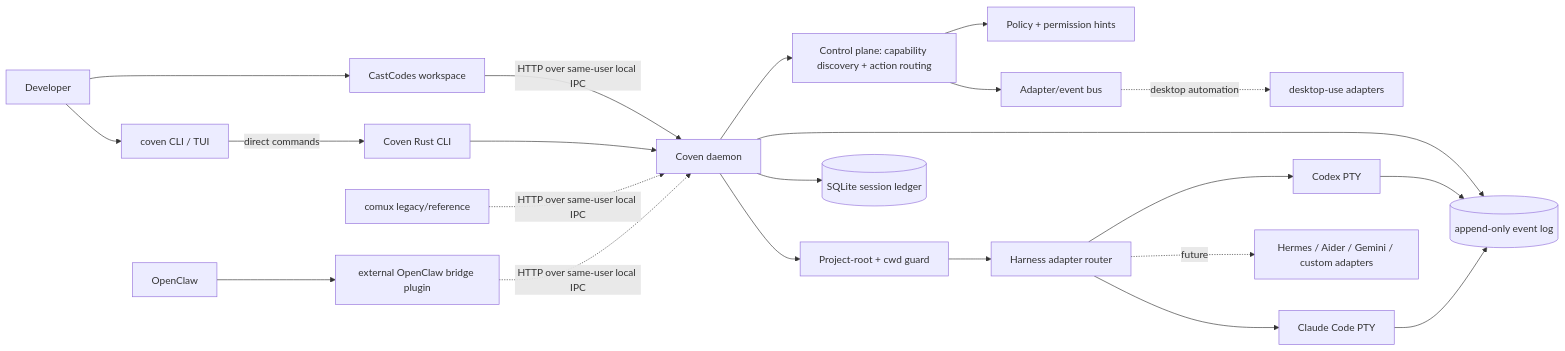
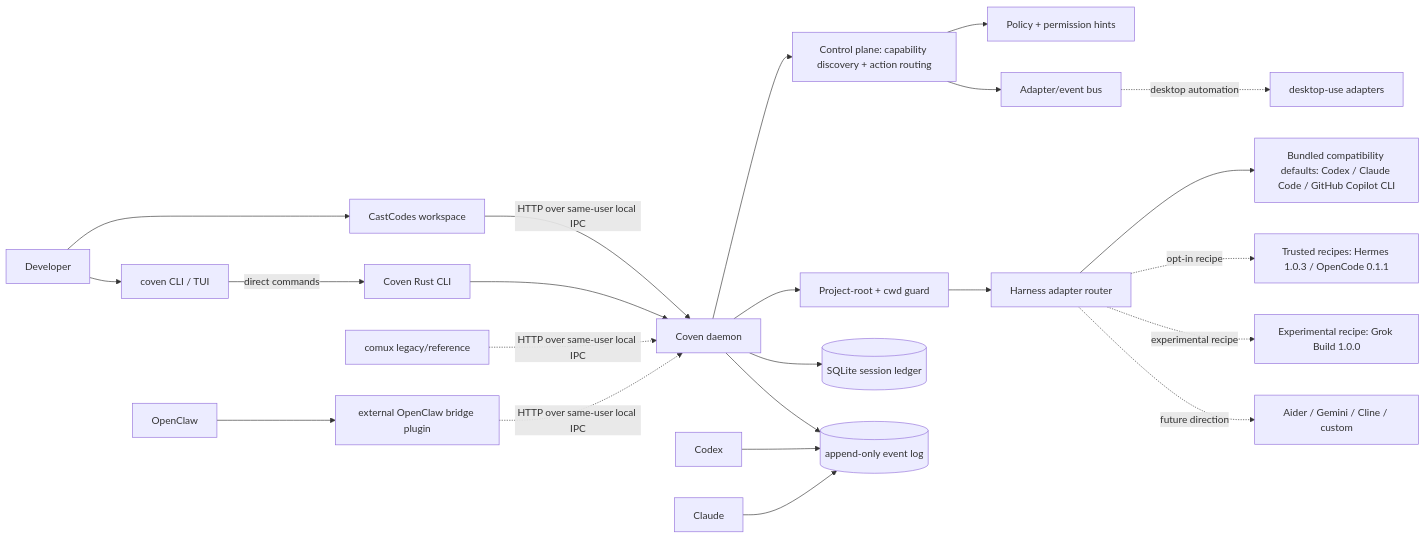
Before and after one commit to OpenCoven/coven: the first of 3 diagrams in docs/concepts/architecture.md, drawn with Mermaid. The commit also changed 4 other files, not shown here.

````diff
--- a/docs/concepts/architecture.md
+++ b/docs/concepts/architecture.md
@@ -16,29 +16,30 @@
 ```mermaid
 flowchart LR
   User[Developer] --> CastCodes[CastCodes workspace]
   CastCodes -->|HTTP over same-user local IPC| Daemon[Coven daemon]
 
   User --> CLI[coven CLI / TUI]
   CLI -->|direct commands| Rust[Coven Rust CLI]
   Rust --> Daemon
 
   Comux[comux legacy/reference] -.->|HTTP over same-user local IPC| Daemon
   OpenClaw[OpenClaw] --> Plugin[external OpenClaw bridge plugin]
   Plugin -.->|HTTP over same-user local IPC| Daemon
 
   Daemon --> Control[Control plane: capability discovery + action routing]
   Control --> Policy[Policy + permission hints]
   Control --> AdapterBus[Adapter/event bus]
   AdapterBus -. desktop automation .-> DesktopUse[desktop-use adapters]
 
   Daemon --> Boundary[Project-root + cwd guard]
   Boundary --> Adapter[Harness adapter router]
-  Adapter --> Codex[Codex PTY]
-  Adapter --> Claude[Claude Code PTY]
-  Adapter -. future .-> Future[Hermes / Aider / Gemini / custom adapters]
+  Adapter --> Bundled[Bundled compatibility defaults: Codex / Claude Code / GitHub Copilot CLI]
+  Adapter -. opt-in recipe .-> Trusted[Trusted recipes: Hermes 1.0.3 / OpenCode 0.1.1]
+  Adapter -. experimental recipe .-> Experimental[Experimental recipe: Grok Build 1.0.0]
+  Adapter -. future direction .-> Future[Aider / Gemini / Cline / custom]
 
   Daemon --> Store[(SQLite session ledger)]
   Daemon --> Events[(append-only event log)]
   Codex --> Events
   Claude --> Events
 ```
````
